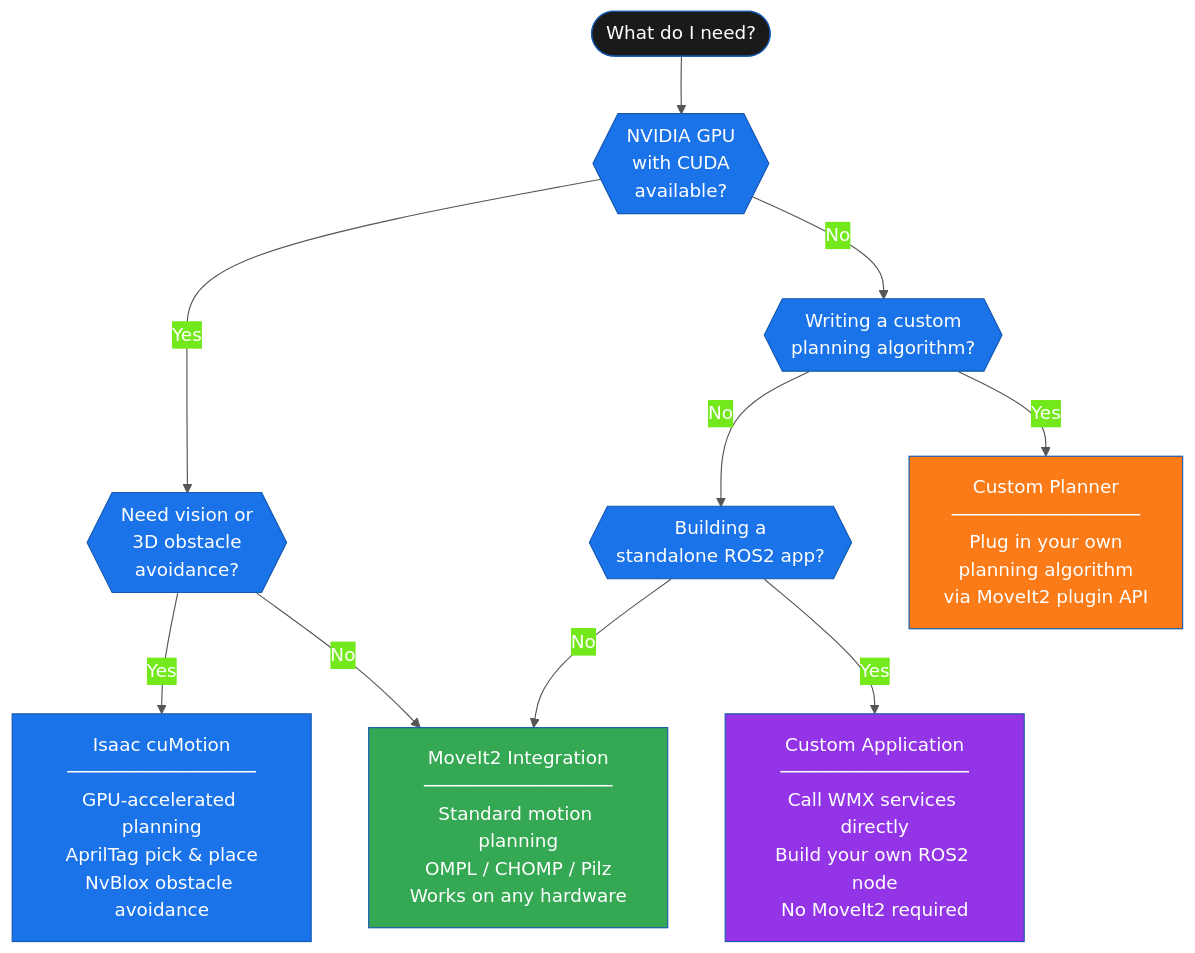
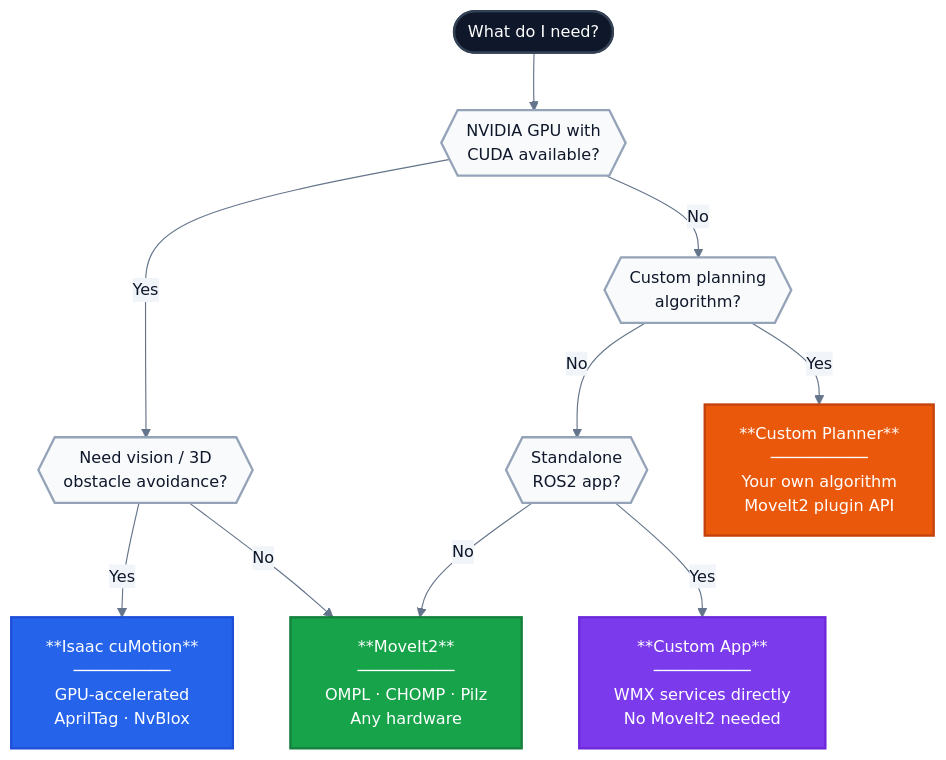
The diagram in doc/integration/integration.rst (movensys/wmx_ros2_doc), drawn with Mermaid before and after one commit.

Commit message:
integration scenario updated

```diff
--- a/doc/integration/integration.rst
+++ b/doc/integration/integration.rst
@@ -8,36 +8,40 @@
 .. mermaid::
    :caption: Integration — which scenario fits your use case?
    :zoom:
 
-   %%{init: {"theme": "base", "themeVariables": {"primaryColor": "#1a73e8", "primaryTextColor": "#fff", "primaryBorderColor": "#1558b0", "lineColor": "#555"}}}%%
+   %%{init: {"theme": "base", "themeVariables": {"primaryColor": "#2563eb", "primaryTextColor": "#0f172a", "primaryBorderColor": "#1e40af", "lineColor": "#64748b", "fontSize": "14px", "edgeLabelBackground": "#f1f5f9", "tertiaryColor": "#f1f5f9"}}}%%
    flowchart TD
        START(["What do I need?"])
 
-       Q1{{"NVIDIA GPU<br/>with CUDA<br/>available?"}}
-       Q2{{"Need vision or<br/>3D obstacle<br/>avoidance?"}}
-       Q3{{"Writing a custom<br/>planning algorithm?"}}
-       Q4{{"Building a<br/>standalone ROS2 app?"}}
+       Q1{{"NVIDIA GPU with<br/>CUDA available?"}}
+       Q2{{"Need vision / 3D<br/>obstacle avoidance?"}}
+       Q3{{"Custom planning<br/>algorithm?"}}
+       Q4{{"Standalone<br/>ROS2 app?"}}
 
-       R_MV["MoveIt2 Integration<br/>─────────────────<br/>Standard motion planning<br/>OMPL / CHOMP / Pilz<br/>Works on any hardware"]
-       R_CU["Isaac cuMotion<br/>─────────────────<br/>GPU-accelerated planning<br/>AprilTag pick & place<br/>NvBlox obstacle avoidance"]
-       R_CP["Custom Planner<br/>─────────────────<br/>Plug in your own<br/>planning algorithm<br/>via MoveIt2 plugin API"]
-       R_CA["Custom Application<br/>─────────────────<br/>Call WMX services directly<br/>Build your own ROS2 node<br/>No MoveIt2 required"]
+       R_MV["**MoveIt2**<br/>──────────<br/>OMPL · CHOMP · Pilz<br/>Any hardware"]
+       R_CU["**Isaac cuMotion**<br/>──────────<br/>GPU-accelerated<br/>AprilTag · NvBlox"]
+       R_CP["**Custom Planner**<br/>──────────<br/>Your own algorithm<br/>MoveIt2 plugin API"]
+       R_CA["**Custom App**<br/>──────────<br/>WMX services directly<br/>No MoveIt2 needed"]
 
        START --> Q1
        Q1 -->|"Yes"| Q2
        Q1 -->|"No"| Q3
 
        Q2 -->|"Yes"| R_CU
        Q2 -->|"No"| R_MV
 
        Q3 -->|"Yes"| R_CP
        Q3 -->|"No"| Q4
 
        Q4 -->|"Yes"| R_CA
        Q4 -->|"No"| R_MV
 
-       style R_MV fill:#34a853,color:#fff
-       style R_CU fill:#1a73e8,color:#fff
-       style R_CP fill:#fa7b17,color:#fff
-       style R_CA fill:#9334e6,color:#fff
-       style START fill:#1a1a1a,color:#fff
+       style R_MV fill:#16a34a,stroke:#15803d,stroke-width:2px,color:#fff
+       style R_CU fill:#2563eb,stroke:#1d4ed8,stroke-width:2px,color:#fff
+       style R_CP fill:#ea580c,stroke:#c2410c,stroke-width:2px,color:#fff
+       style R_CA fill:#7c3aed,stroke:#6d28d9,stroke-width:2px,color:#fff
+       style START fill:#0f172a,stroke:#334155,stroke-width:2px,color:#fff
+       style Q1 fill:#f8fafc,stroke:#94a3b8,stroke-width:2px,color:#0f172a
+       style Q2 fill:#f8fafc,stroke:#94a3b8,stroke-width:2px,color:#0f172a
+       style Q3 fill:#f8fafc,stroke:#94a3b8,stroke-width:2px,color:#0f172a
+       style Q4 fill:#f8fafc,stroke:#94a3b8,stroke-width:2px,color:#0f172a
```
